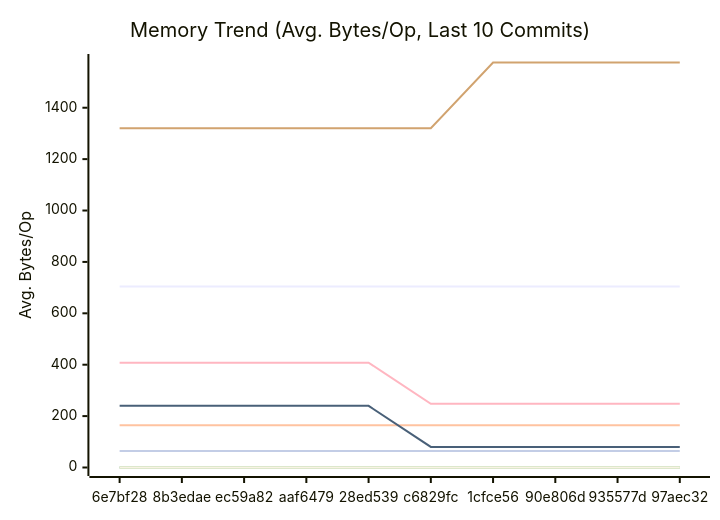
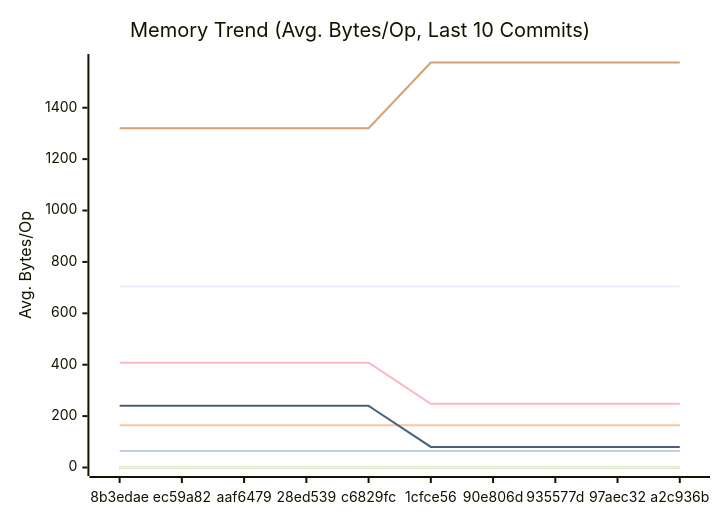
One commit to alsotoes/momo changed the second of 3 diagrams in docs/PERFORMANCE.md. Above: the diagram before and after it, drawn with Mermaid. The commit also changed other lines of this file and 5 other files, not shown here.

````diff
--- a/docs/PERFORMANCE.md
+++ b/docs/PERFORMANCE.md
@@ -152,18 +152,18 @@
 ```mermaid
 xychart-beta
     title "Memory Trend (Avg. Bytes/Op, Last 10 Commits)"
     x-axis "Commit"
     y-axis "Avg. Bytes/Op"
-    x-axis [6e7bf28,8b3edae,ec59a82,aaf6479,28ed539,c6829fc,1cfce56,90e806d,935577d,97aec32]
+    x-axis [8b3edae,ec59a82,aaf6479,28ed539,c6829fc,1cfce56,90e806d,935577d,97aec32,a2c936b]
     line "CheckMetricsAndSwap" [0,0,0,0,0,0,0,0,0,0]
     line "CrushOptimized" [0,0,0,0,0,0,0,0,0,0]
     line "CrushOriginal" [164,164,164,164,164,164,164,164,164,164]
     line "IndexDirectTracking" [0,0,0,0,0,0,0,0,0,0]
     line "IndexSearch" [0,0,0,0,0,0,0,0,0,0]
-    line "LoadGlobalConfig" [1320,1320,1320,1320,1320,1320,1576,1576,1576,1576]
+    line "LoadGlobalConfig" [1320,1320,1320,1320,1320,1576,1576,1576,1576,1576]
     line "PadString" [64,64,64,64,64,64,64,64,64,64]
     line "ParseReplicationOrder_NoPrealloc" [408,408,408,408,408,248,248,248,248,248]
     line "ParseReplicationOrder_Prealloc" [240,240,240,240,240,80,80,80,80,80]
     line "SanitizeLog/Safe" [0,0,0,0,0,0,0,0,0,0]
     line "SanitizeLog/Unsafe" [704,704,704,704,704,704,704,704,704,704]
 ```
````
